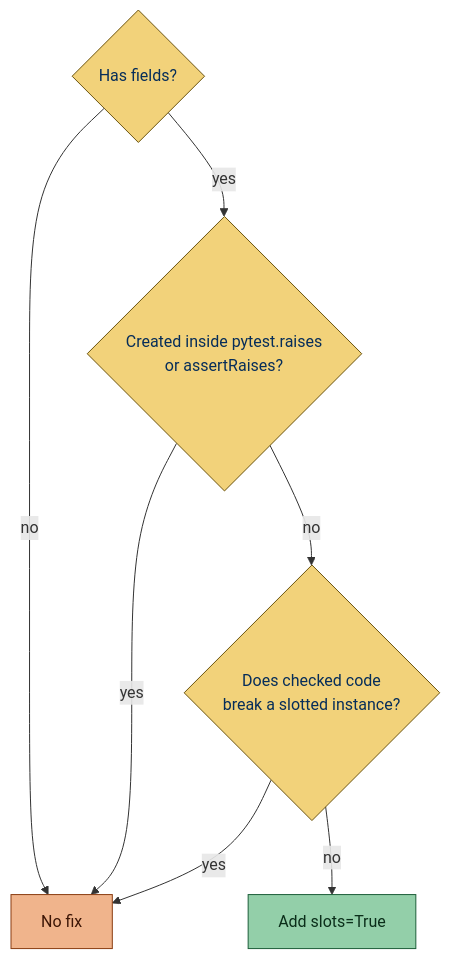
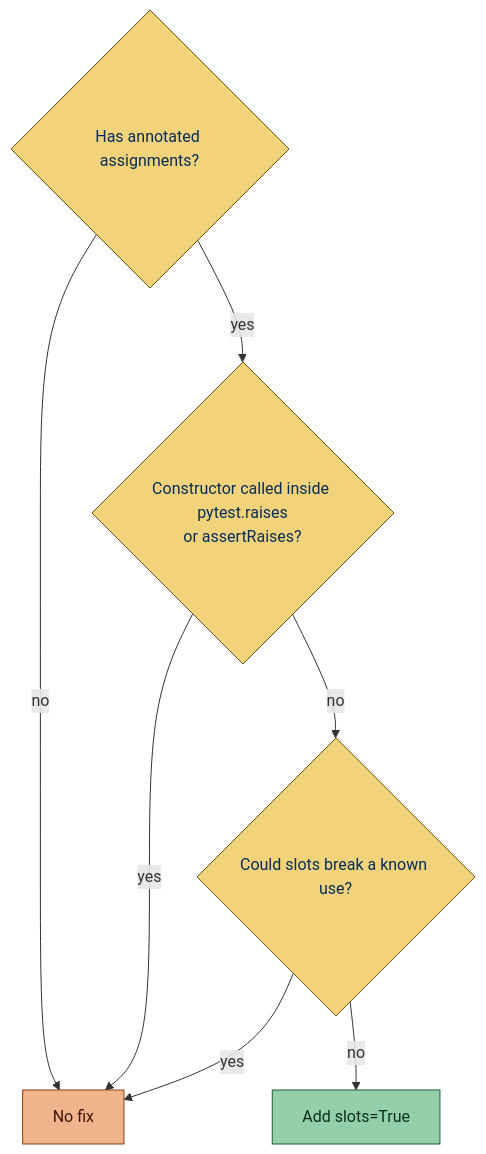
One commit to gaborbernat/simplint changed the diagram in src/rules/classes/dataclass_slots.md. Above: the diagram before and after it, drawn with Mermaid. The commit also changed other lines of this file and 535 other files, not shown here.

````diff
--- a/src/rules/classes/dataclass_slots.md
+++ b/src/rules/classes/dataclass_slots.md
@@ -219,16 +218,16 @@
 ```mermaid
 flowchart TD
-    fields{"Has fields?"}
+    fields{"Has annotated assignments?"}
     fields -->|no| none["No fix"]
-    fields -->|yes| raises{"Created inside pytest.raises<br/>or assertRaises?"}
+    fields -->|yes| raises{"Constructor called inside pytest.raises<br/>or assertRaises?"}
     raises -->|yes| none
-    raises -->|no| breaks{"Does checked code<br/>break a slotted instance?"}
+    raises -->|no| breaks{"Could slots break a known use?"}
     breaks -->|yes| none
     breaks -->|no| add["Add slots=True"]
     classDef yellow fill:#f2d27a,stroke:#6b5410,color:#062d59
     classDef orange fill:#f0b48c,stroke:#8a3d12,color:#3d1606
     classDef green fill:#93cfa9,stroke:#1d5e3a,color:#0b2e1a
     class fields,raises,breaks yellow
     class none orange
     class add green
 ```
````
